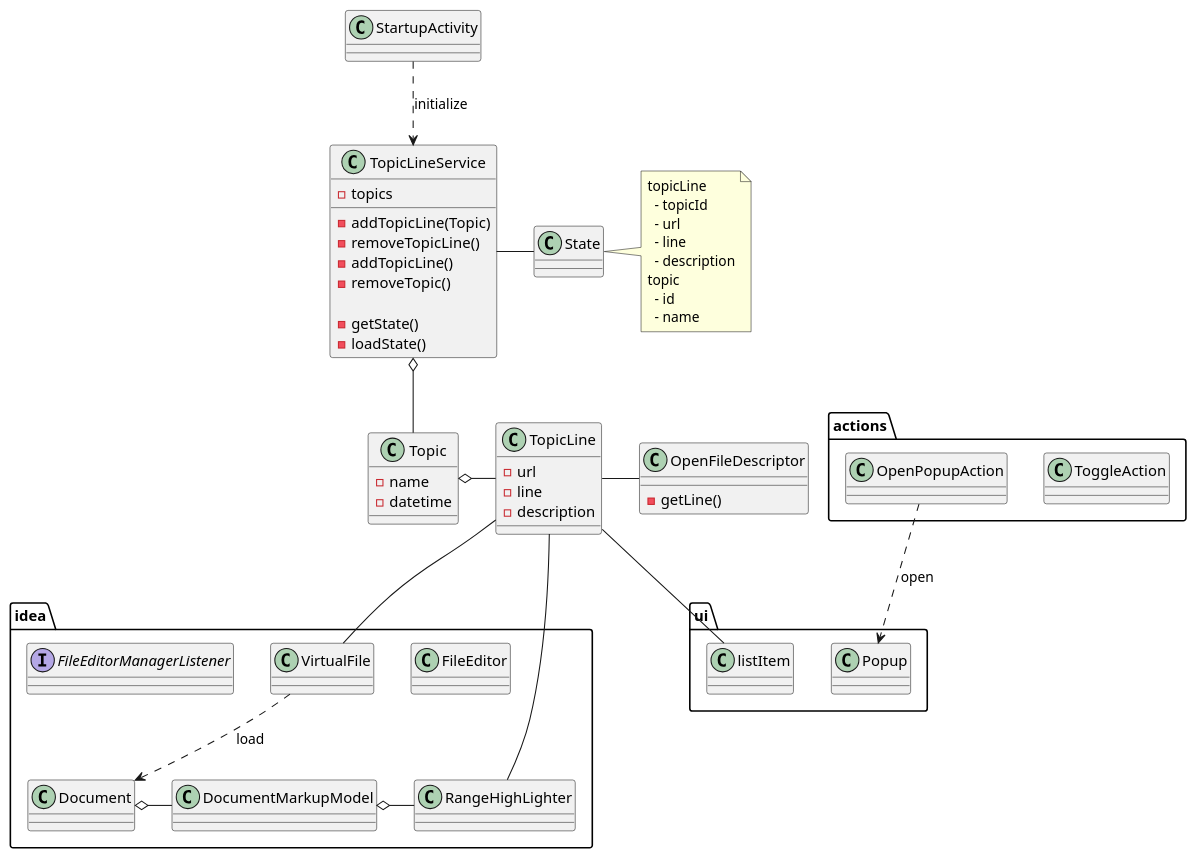
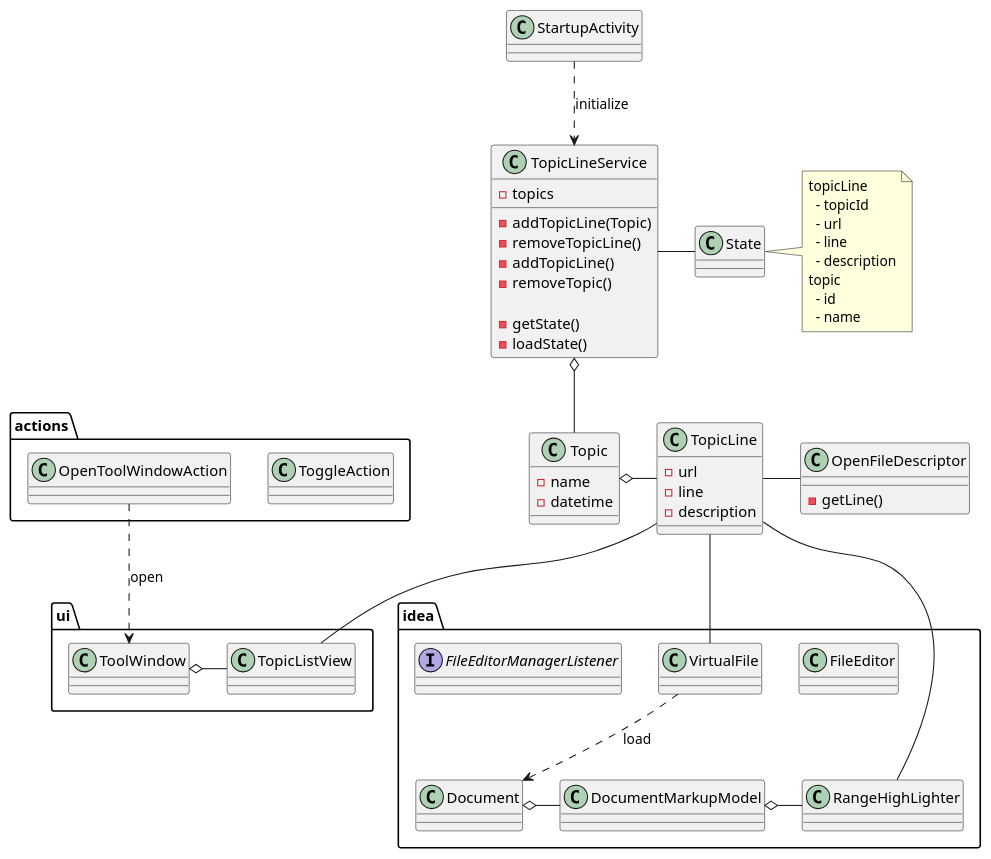
Before and after one commit to kitabatake/CodeReadingNote: the diagram in documents/class.puml, drawn with PlantUML. The commit also changed 4 other files, not shown here.

```diff
--- a/documents/class.puml
+++ b/documents/class.puml
@@ -1,83 +1,85 @@
 @startuml
 class TopicLine {
     - url
     - line
     - description
 }
 class Topic {
     - name
     - datetime
 }
 
 class TopicLineService {
     - topics
     - addTopicLine(Topic)
     - removeTopicLine()
     - addTopicLine()
     - removeTopic()
 
     - getState()
     - loadState() 
 }
 
 class OpenFileDescriptor {
     - getLine()
 }
 
 class StartupActivity
 
 class State
 note right of State
    topicLine
      - topicId
      - url
      - line
      - description
    topic
      - id
      - name 
 end note
 
 package idea {
     class FileEditor
     class VirtualFile
 
     class Document
     class DocumentMarkupModel
     class RangeHighLighter
 
     interface FileEditorManagerListener
 
     Document o- DocumentMarkupModel
     DocumentMarkupModel o- RangeHighLighter
 
     VirtualFile ..> Document : load
 }
 
 
 package ui {
-    class Popup
-    class listItem
+    class ToolWindow
+    class TopicListView
+
+    ToolWindow o- TopicListView
 }
 
 package actions {
     class ToggleAction
-    class OpenPopupAction
+    class OpenToolWindowAction
 }
 
 /' relation '/
 Topic o- TopicLine
 TopicLine -- VirtualFile
 TopicLine - OpenFileDescriptor
 TopicLine -- RangeHighLighter
 
 TopicLineService o-- Topic
 TopicLineService - State
 
-TopicLine -- listItem
+TopicLine -- TopicListView
 
-OpenPopupAction ..> Popup : open
+OpenToolWindowAction ..> ToolWindow : open
 
 StartupActivity ..> TopicLineService : initialize
 
 @enduml
```
